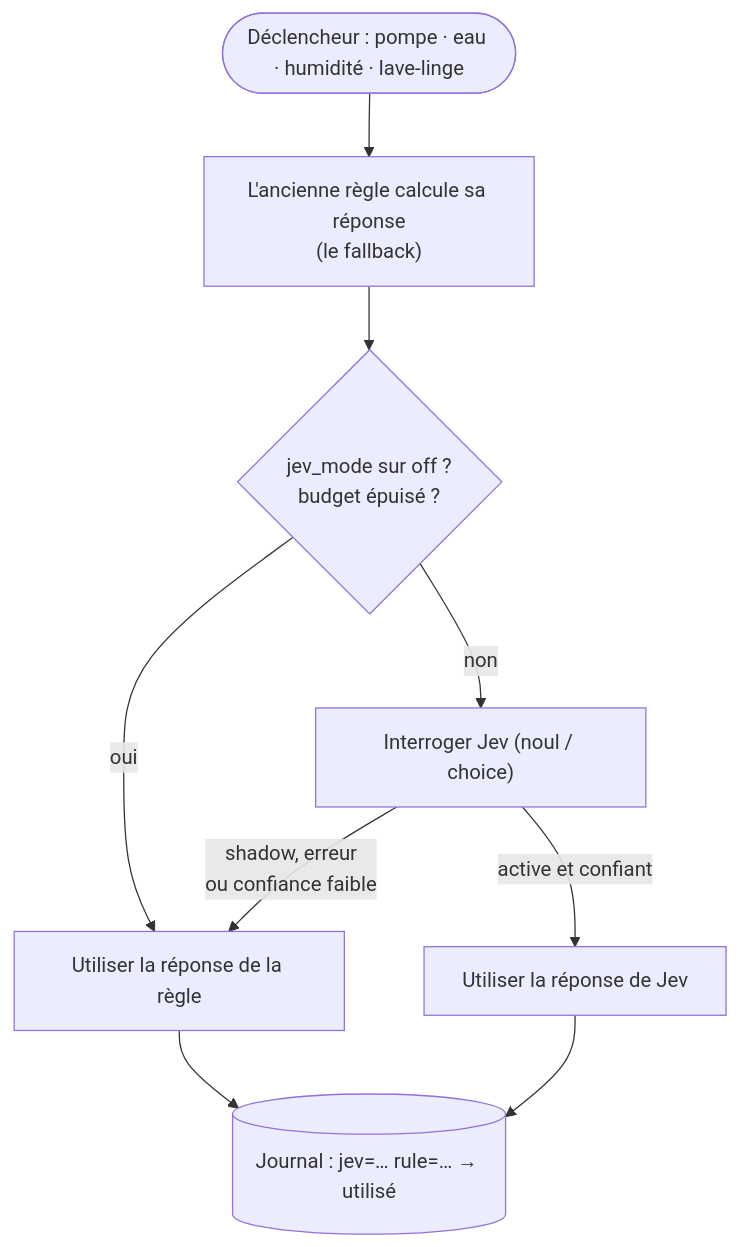
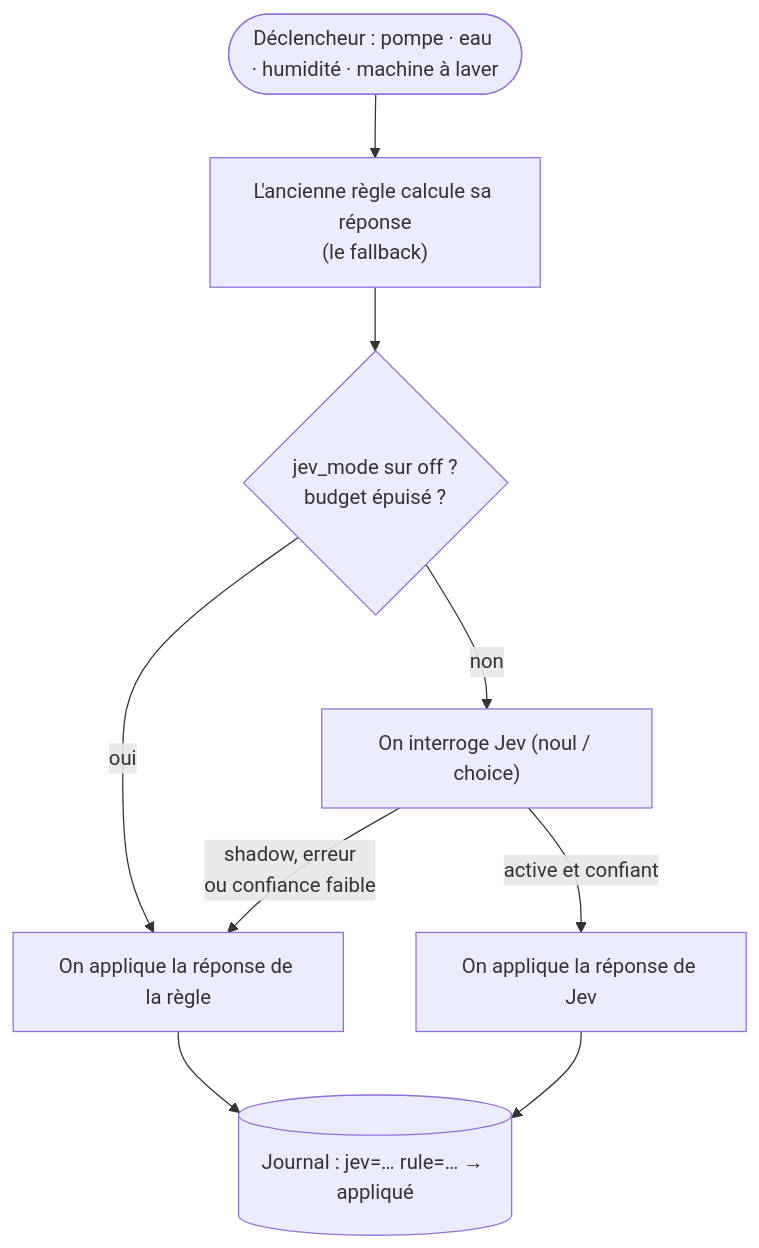
Before and after one commit to mmornati/mornati-blog: the diagram in content/fr/posts/jev-home-assistant-un-modele-de-decision-pour-mes-automatisations/index.md, drawn with Mermaid. The commit also changed other lines of this file and 2 other files, not shown here.

First line of the commit message:
Jev post: verify against production and add real data (EN/FR/IT)

````diff
--- a/content/fr/posts/jev-home-assistant-un-modele-de-decision-pour-mes-automatisations/index.md
+++ b/content/fr/posts/jev-home-assistant-un-modele-de-decision-pour-mes-automatisations/index.md
@@ -77,11 +77,11 @@
 ```mermaid
 flowchart TD
-    T(["Déclencheur : pompe · eau · humidité · lave-linge"]) --> R["L'ancienne règle calcule sa réponse<br/>(le fallback)"]
+    T(["Déclencheur : pompe · eau · humidité · machine à laver"]) --> R["L'ancienne règle calcule sa réponse<br/>(le fallback)"]
     R --> M{"jev_mode sur off ?<br/>budget épuisé ?"}
-    M -->|oui| U["Utiliser la réponse de la règle"]
-    M -->|non| J["Interroger Jev (noul / choice)"]
+    M -->|oui| U["On applique la réponse de la règle"]
+    M -->|non| J["On interroge Jev (noul / choice)"]
     J -->|"shadow, erreur<br/>ou confiance faible"| U
-    J -->|"active et confiant"| V["Utiliser la réponse de Jev"]
-    U --> L[("Journal : jev=… rule=… → utilisé")]
+    J -->|"active et confiant"| V["On applique la réponse de Jev"]
+    U --> L[("Journal : jev=… rule=… → appliqué")]
     V --> L
 ```
````
